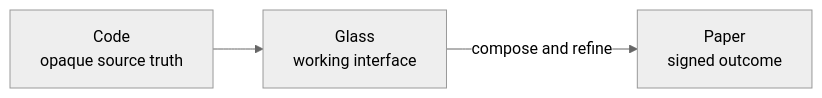
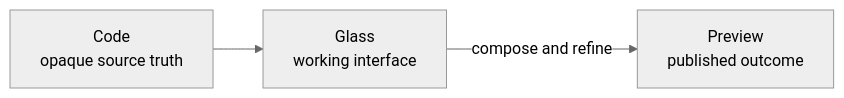
Before and after one commit to rbutera/Rennet: the first of 3 diagrams in docs/src/content/docs/developing/concepts/design-doctrine.md, drawn with Mermaid (neutral theme). The commit also changed other lines of this file and 53 other files, not shown here.

First line of the commit message:
refactor(language): drop the paper/signing metaphor entirely — preview → post (Rai, 2026-08-18)

````diff
--- a/docs/src/content/docs/developing/concepts/design-doctrine.md
+++ b/docs/src/content/docs/developing/concepts/design-doctrine.md
@@ -12,5 +12,5 @@
 ```mermaid
 flowchart LR
-  glass["Glass<br/>working interface"] -->|compose and refine| paper["Paper<br/>signed outcome"]
+  glass["Glass<br/>working interface"] -->|compose and refine| preview["Preview<br/>published outcome"]
   code["Code<br/>opaque source truth"] --> glass
 ```
````
